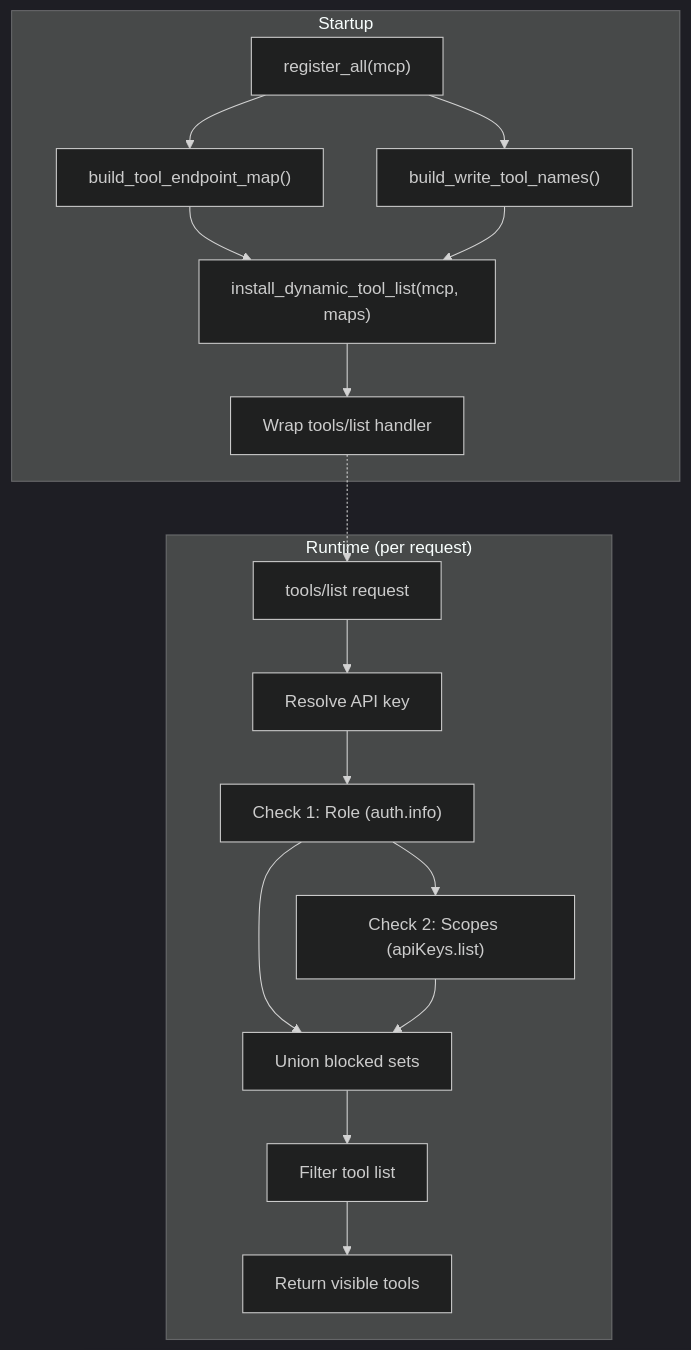
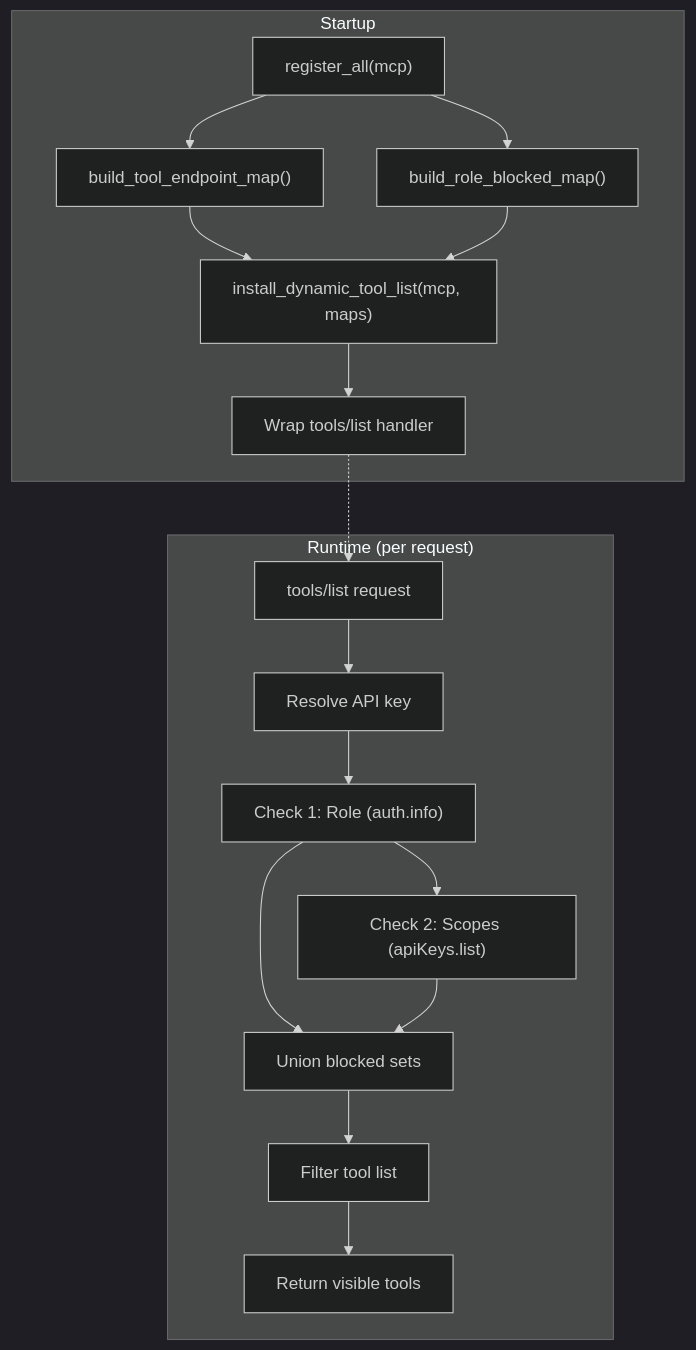
The first of 3 diagrams in docs/dynamic-tool-list.md (Vortiago/mcp-outline), drawn with Mermaid (dark theme) before and after one commit. The commit also changed other lines of this file and 19 other files, not shown here.

````diff
--- a/docs/dynamic-tool-list.md
+++ b/docs/dynamic-tool-list.md
@@ -11,22 +11,22 @@
 ```mermaid
 flowchart TB
     subgraph Startup
         A["register_all(mcp)"] --> B["build_tool_endpoint_map()"]
-        A --> C["build_write_tool_names()"]
+        A --> C["build_role_blocked_map()"]
         B --> D["install_dynamic_tool_list(mcp, maps)"]
         C --> D
         D --> E["Wrap tools/list handler"]
     end
 
     subgraph Runtime ["Runtime (per request)"]
         F["tools/list request"] --> G["Resolve API key"]
         G --> H["Check 1: Role (auth.info)"]
         H --> I["Check 2: Scopes (apiKeys.list)"]
         H --> J["Union blocked sets"]
         I --> J
         J --> K["Filter tool list"]
         K --> L["Return visible tools"]
     end
 
     E -.-> F
 ```
````
